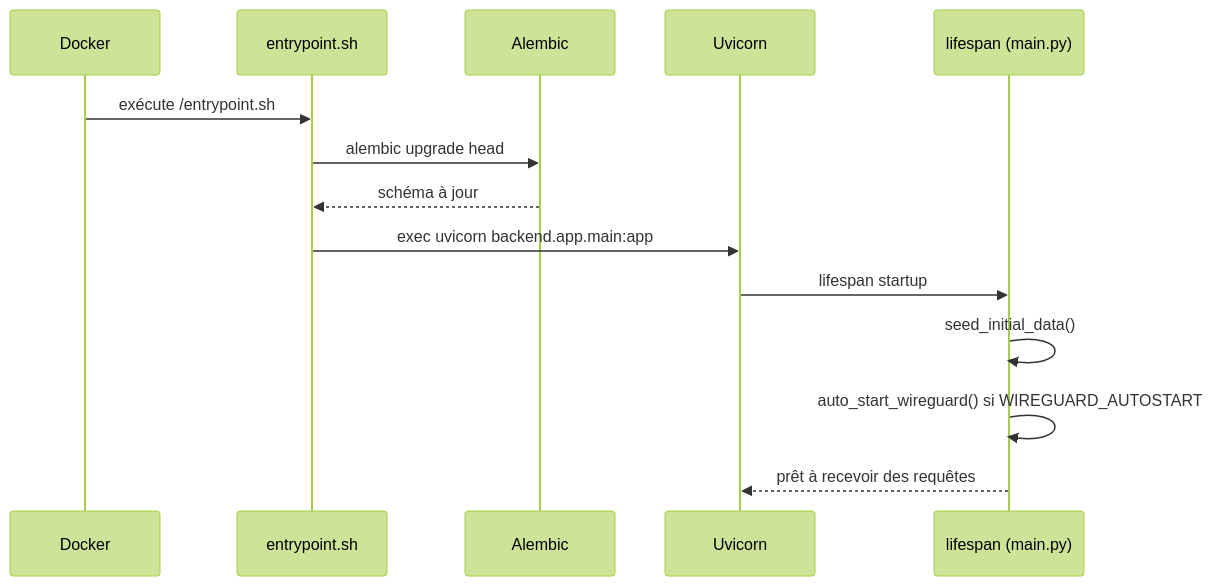
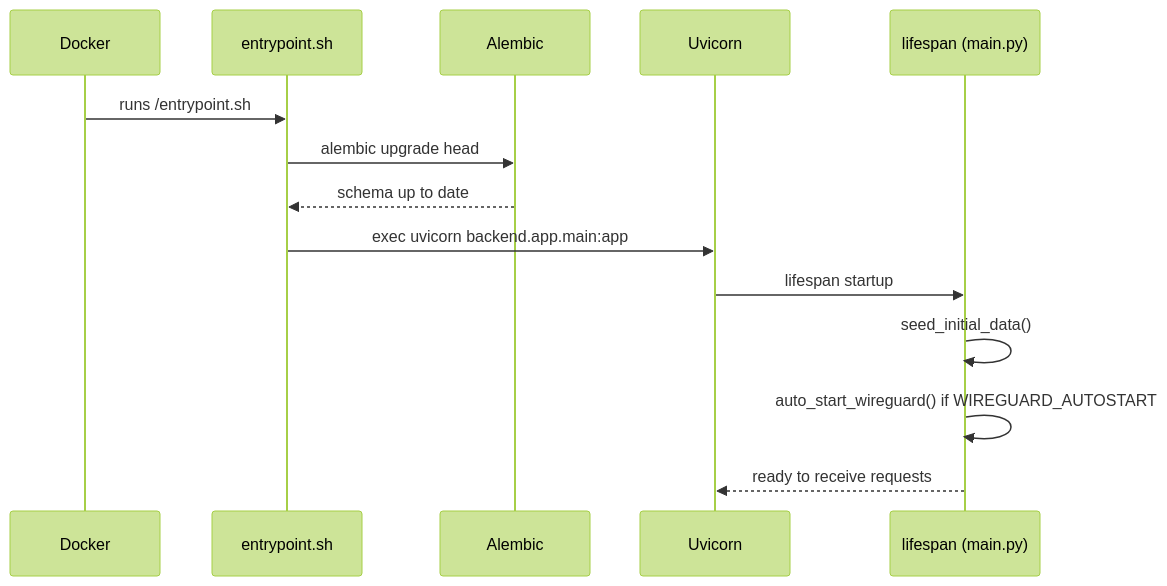
Before and after one commit to cyr-ius/wireguard-ui: the diagram in docs/deploiement/docker.md, drawn with Mermaid (forest theme). The commit also changed other lines of this file and 28 other files, not shown here.

````diff
--- a/docs/deploiement/docker.md
+++ b/docs/deploiement/docker.md
@@ -112,17 +112,17 @@
 ```mermaid
 sequenceDiagram
     participant Docker
     participant Entrypoint as entrypoint.sh
     participant Alembic
     participant Uvicorn
     participant App as lifespan (main.py)
 
-    Docker->>Entrypoint: exécute /entrypoint.sh
+    Docker->>Entrypoint: runs /entrypoint.sh
     Entrypoint->>Alembic: alembic upgrade head
-    Alembic-->>Entrypoint: schéma à jour
+    Alembic-->>Entrypoint: schema up to date
     Entrypoint->>Uvicorn: exec uvicorn backend.app.main:app
     Uvicorn->>App: lifespan startup
     App->>App: seed_initial_data()
-    App->>App: auto_start_wireguard() si WIREGUARD_AUTOSTART
-    App-->>Uvicorn: prêt à recevoir des requêtes
+    App->>App: auto_start_wireguard() if WIREGUARD_AUTOSTART
+    App-->>Uvicorn: ready to receive requests
 ```
````
